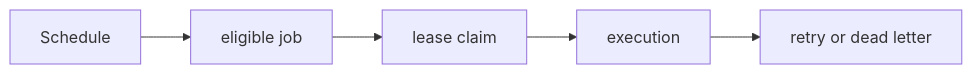
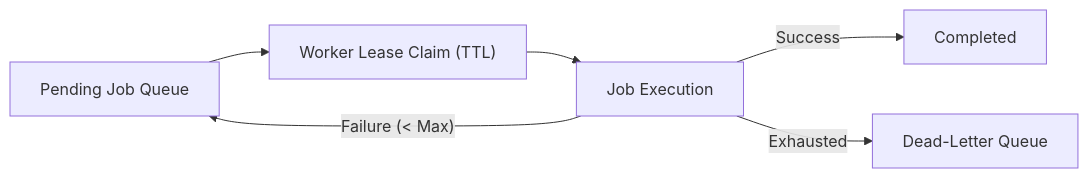
One commit to sohail-sharif-official/distributed-job-scheduler changed the diagram in README.md. Above: the diagram before and after it, drawn with Mermaid. The commit also changed other lines of this file and 4 other files, not shown here.

Commit message:
Update architecture documentation, mermaid diagrams, and verification guide

````diff
--- a/README.md
+++ b/README.md
@@ -17,8 +10,8 @@
 ```mermaid
 flowchart LR
-  n0["Schedule"] --> n1
-  n1["eligible job"] --> n2
-  n2["lease claim"] --> n3
-  n3["execution"] --> n4
-  n4["retry or dead letter"]
+  Queue["Pending Job Queue"] --> Claim["Worker Lease Claim (TTL)"]
+  Claim --> Exec["Job Execution"]
+  Exec -- "Success" --> Done["Completed"]
+  Exec -- "Failure (< Max)" --> Queue
+  Exec -- "Exhausted" --> DLQ["Dead-Letter Queue"]
 ```
````
